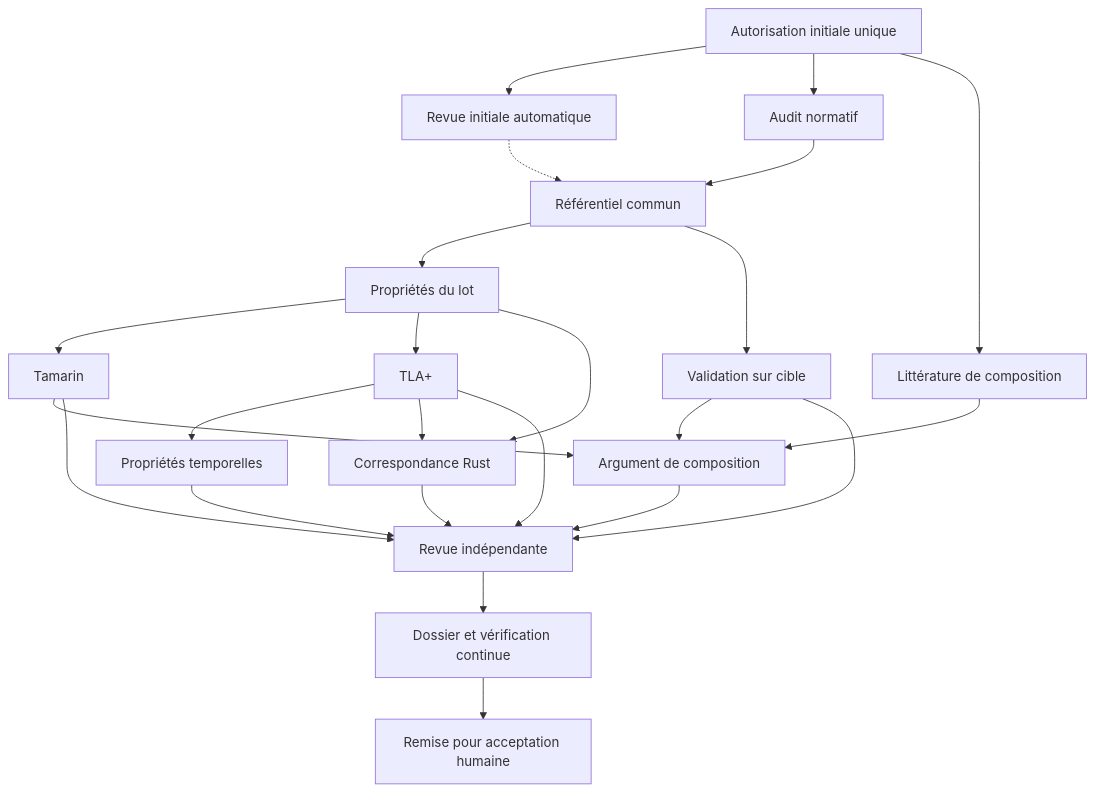
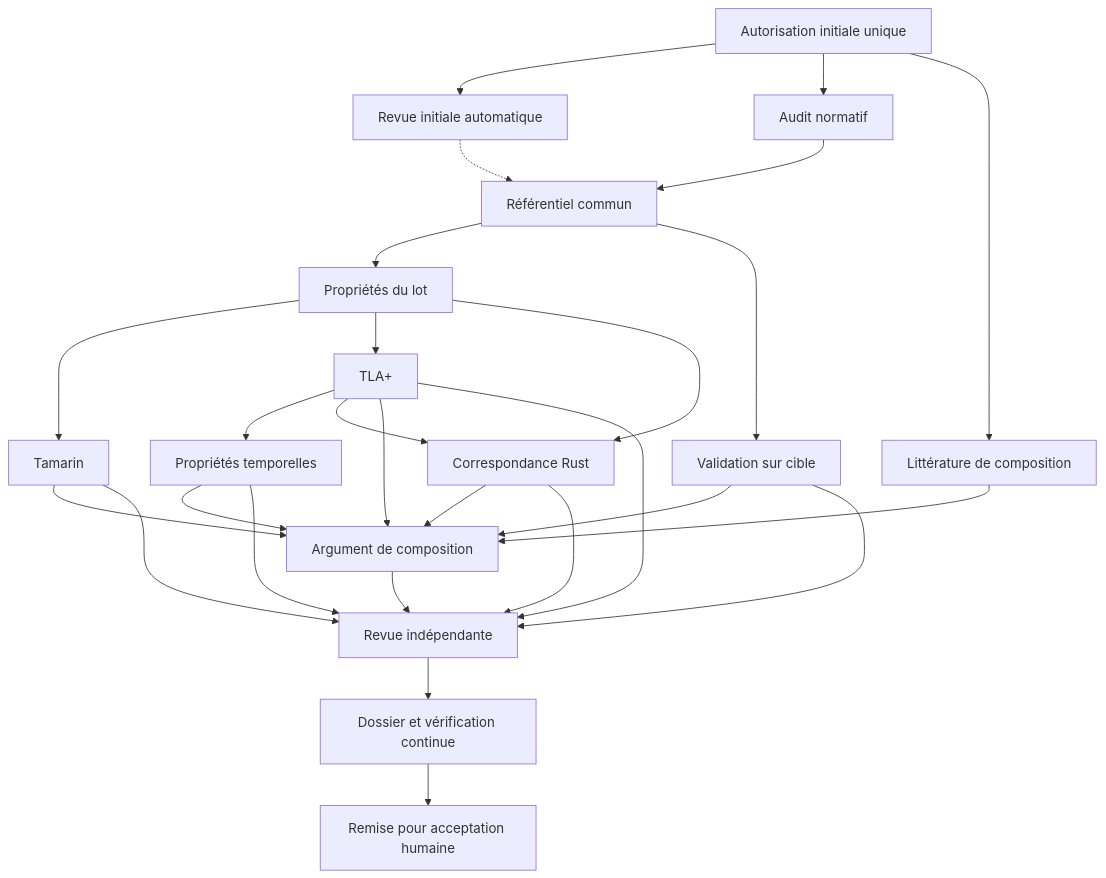
The diagram in formal/MASTER-PLAN.md (atxme/helios), drawn with Mermaid before and after one commit. The commit also changed other lines of this file and 7 other files, not shown here.

````diff
--- a/formal/MASTER-PLAN.md
+++ b/formal/MASTER-PLAN.md
@@ -83,26 +83,29 @@
 ```mermaid
 flowchart TD
   GOV[Autorisation initiale unique] --> GOVREV[Revue initiale automatique]
   GOV --> AUD[Audit normatif]
   GOV --> NOTES[Littérature de composition]
   GOVREV -.-> SPEC
   AUD --> SPEC[Référentiel commun]
   SPEC --> PROP[Propriétés du lot]
   SPEC --> EXP[Validation sur cible]
   PROP --> TAM[Tamarin]
   PROP --> TLA[TLA+]
   PROP --> RUST[Correspondance Rust]
   TLA --> TIM[Propriétés temporelles]
   TLA --> RUST
   TAM --> CMP[Argument de composition]
   NOTES --> CMP
   EXP --> CMP
+  TLA --> CMP
+  TIM --> CMP
+  RUST --> CMP
   TAM --> REV[Revue indépendante]
   TIM --> REV
   TLA --> REV
   CMP --> REV
   RUST --> REV
   EXP --> REV
   REV --> PKG[Dossier et vérification continue]
   PKG --> FINAL[Remise pour acceptation humaine]
 ```
````
